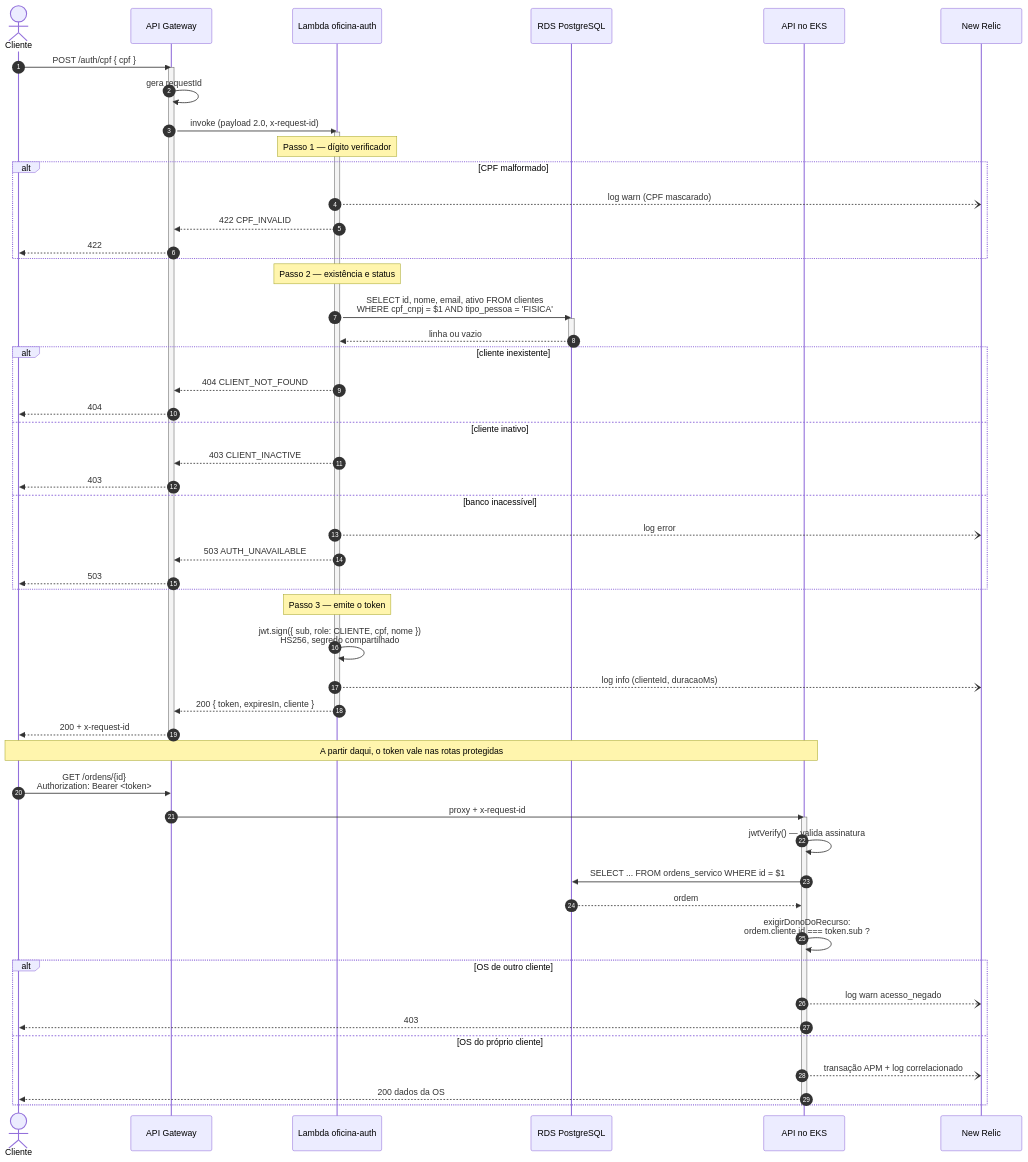
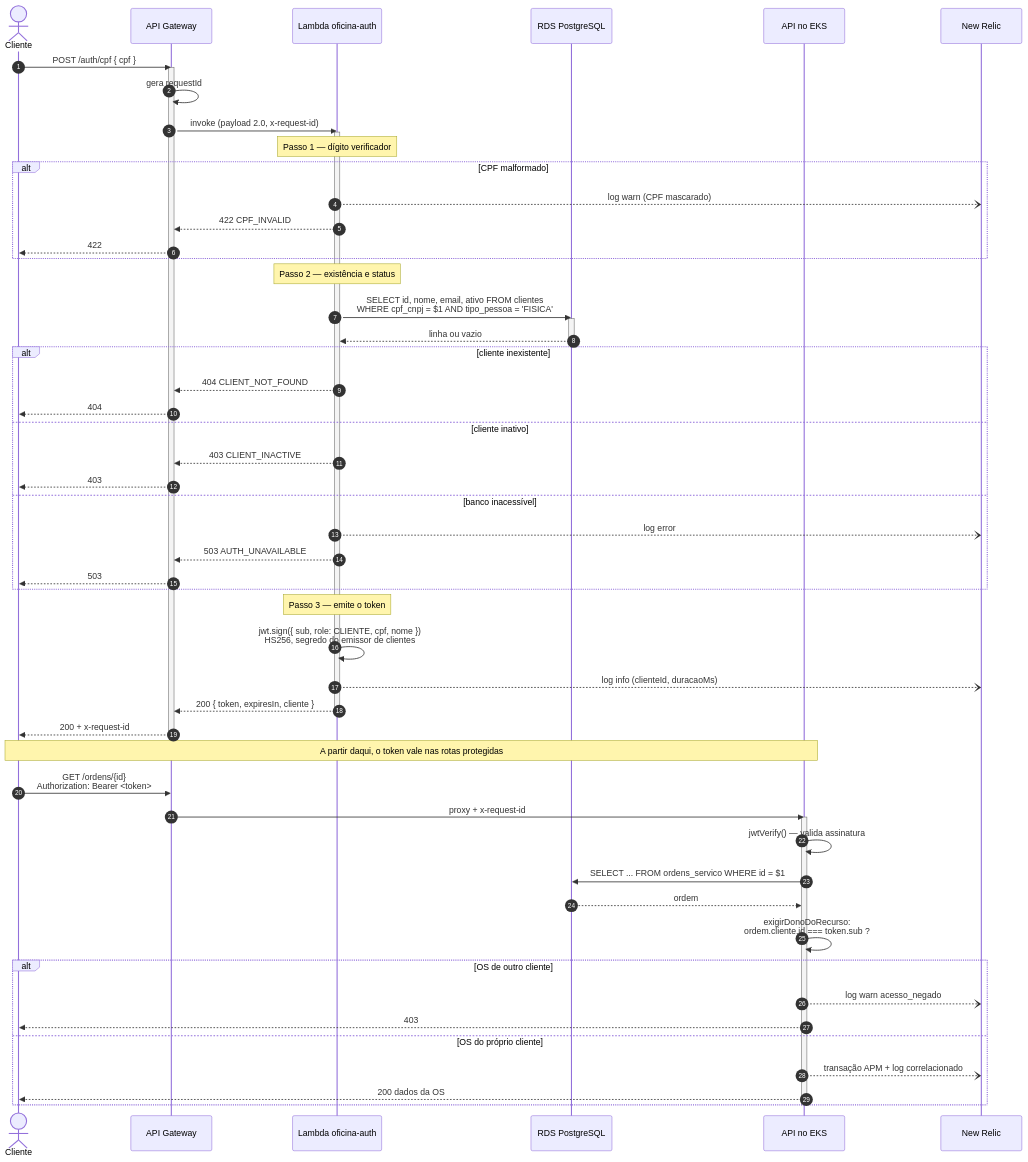
One commit to Xikin/tech_challenge changed the third of 5 diagrams in docs/arquitetura-nuvem.md. Above: the diagram before and after it, drawn with Mermaid. The commit also changed other lines of this file and 33 other files, not shown here.

First line of the commit message:
fix(segurança): segredo JWT por emissor, CPF fora dos logs e seed sem senha fixa

````diff
--- a/docs/arquitetura-nuvem.md
+++ b/docs/arquitetura-nuvem.md
@@ -108,67 +108,67 @@
 ```mermaid
 sequenceDiagram
     autonumber
     actor C as Cliente
     participant G as API Gateway
     participant L as Lambda oficina-auth
     participant D as RDS PostgreSQL
     participant A as API no EKS
     participant N as New Relic
 
     C->>G: POST /auth/cpf { cpf }
     activate G
     G->>G: gera requestId
     G->>L: invoke (payload 2.0, x-request-id)
     activate L
 
     Note over L: Passo 1 — dígito verificador
     alt CPF malformado
         L--)N: log warn (CPF mascarado)
         L-->>G: 422 CPF_INVALID
         G-->>C: 422
     end
 
     Note over L: Passo 2 — existência e status
     L->>D: SELECT id, nome, email, ativo FROM clientes<br/>WHERE cpf_cnpj = $1 AND tipo_pessoa = 'FISICA'
     activate D
     D-->>L: linha ou vazio
     deactivate D
 
     alt cliente inexistente
         L-->>G: 404 CLIENT_NOT_FOUND
         G-->>C: 404
     else cliente inativo
         L-->>G: 403 CLIENT_INACTIVE
         G-->>C: 403
     else banco inacessível
         L--)N: log error
         L-->>G: 503 AUTH_UNAVAILABLE
         G-->>C: 503
     end
 
     Note over L: Passo 3 — emite o token
-    L->>L: jwt.sign({ sub, role: CLIENTE, cpf, nome })<br/>HS256, segredo compartilhado
+    L->>L: jwt.sign({ sub, role: CLIENTE, cpf, nome })<br/>HS256, segredo do emissor de clientes
     L--)N: log info (clienteId, duracaoMs)
     L-->>G: 200 { token, expiresIn, cliente }
     deactivate L
     G-->>C: 200 + x-request-id
     deactivate G
 
     Note over C,A: A partir daqui, o token vale nas rotas protegidas
 
     C->>G: GET /ordens/{id}<br/>Authorization: Bearer <token>
     G->>A: proxy + x-request-id
     activate A
     A->>A: jwtVerify() — valida assinatura
     A->>D: SELECT ... FROM ordens_servico WHERE id = $1
     D-->>A: ordem
     A->>A: exigirDonoDoRecurso:<br/>ordem.cliente.id === token.sub ?
     alt OS de outro cliente
         A--)N: log warn acesso_negado
         A-->>C: 403
     else OS do próprio cliente
         A--)N: transação APM + log correlacionado
         A-->>C: 200 dados da OS
     end
     deactivate A
 ```
````
